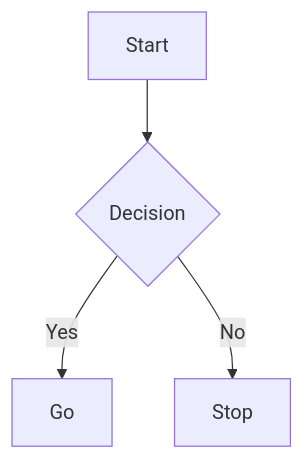
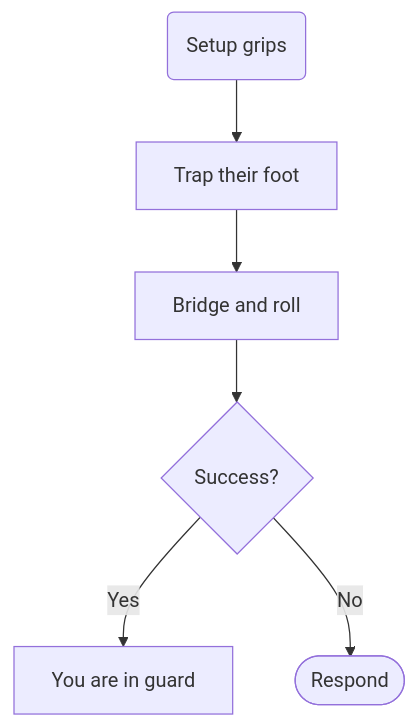
The second of 6 diagrams in docs/pin_and_turtle_escapes/1_mount_escapes.md (JBradbeer/bjj-docs), drawn with Mermaid before and after one commit. The commit also changed other lines of this file and 6274 other files, not shown here.

Commit message:
setting up mermaid

````diff
--- a/docs/pin_and_turtle_escapes/1_mount_escapes.md
+++ b/docs/pin_and_turtle_escapes/1_mount_escapes.md
@@ -202,6 +29,8 @@
-```mermaid
+<div class="mermaid mobileOnly">
 graph TD
-  A[Start] --> B{Decision}
-  B -->|Yes| C[Go]
-  B -->|No| D[Stop]
-```
+A(Setup grips) --> C[Trap their foot]
+C --> D[Bridge and roll]
+D --> E{Success?}
+E -->|Yes| F[You are in guard]
+E -->|No| G([Respond])
+</div>
````
